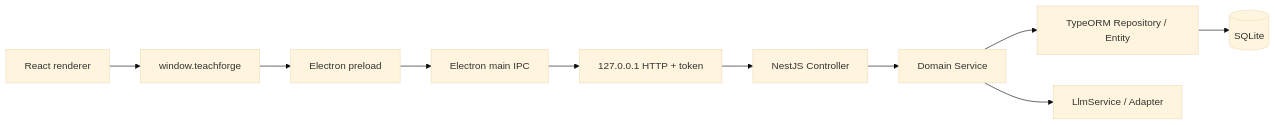
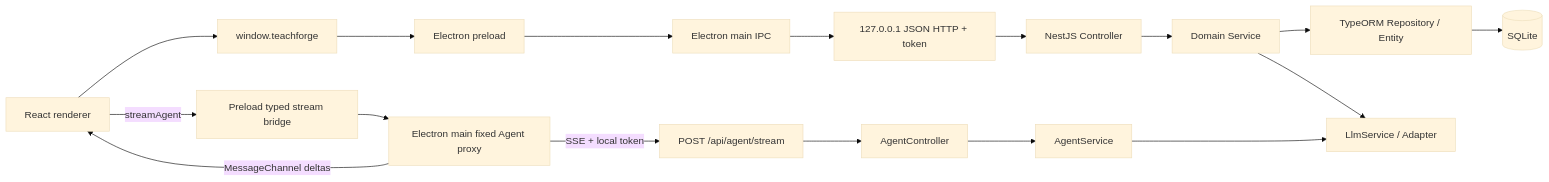
Before and after one commit to yuchentime/tech-forge: the diagram in docs/current/platform/architecture-and-code-placement.md, drawn with Mermaid (base theme). The commit also changed other lines of this file and 35 other files, not shown here.

````diff
--- a/docs/current/platform/architecture-and-code-placement.md
+++ b/docs/current/platform/architecture-and-code-placement.md
@@ -38,12 +38,19 @@
 ```mermaid
 flowchart LR
   UI[React renderer] --> Bridge[window.teachforge]
   Bridge --> Preload[Electron preload]
   Preload --> IPC[Electron main IPC]
-  IPC --> HTTP[127.0.0.1 HTTP + token]
+  IPC --> HTTP[127.0.0.1 JSON HTTP + token]
   HTTP --> Nest[NestJS Controller]
   Nest --> Service[Domain Service]
   Service --> ORM[TypeORM Repository / Entity]
   ORM --> DB[(SQLite)]
   Service --> LLM[LlmService / Adapter]
+  UI -->|streamAgent| StreamBridge[Preload typed stream bridge]
+  StreamBridge --> MainStream[Electron main fixed Agent proxy]
+  MainStream -->|SSE + local token| AgentHTTP[POST /api/agent/stream]
+  AgentHTTP --> AgentController[AgentController]
+  AgentController --> AgentService[AgentService]
+  AgentService --> LLM
+  MainStream -->|MessageChannel deltas| UI
 ```
````
